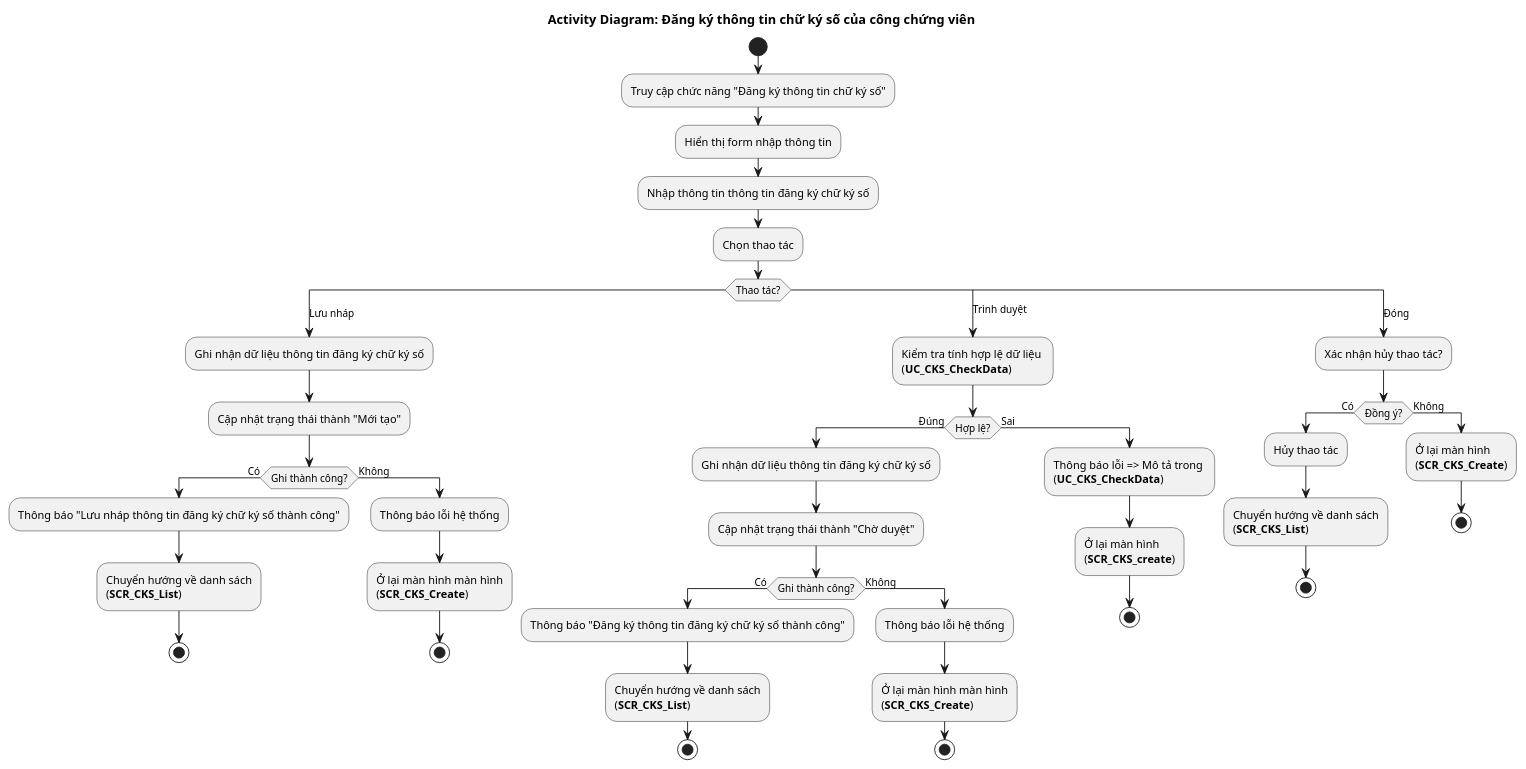
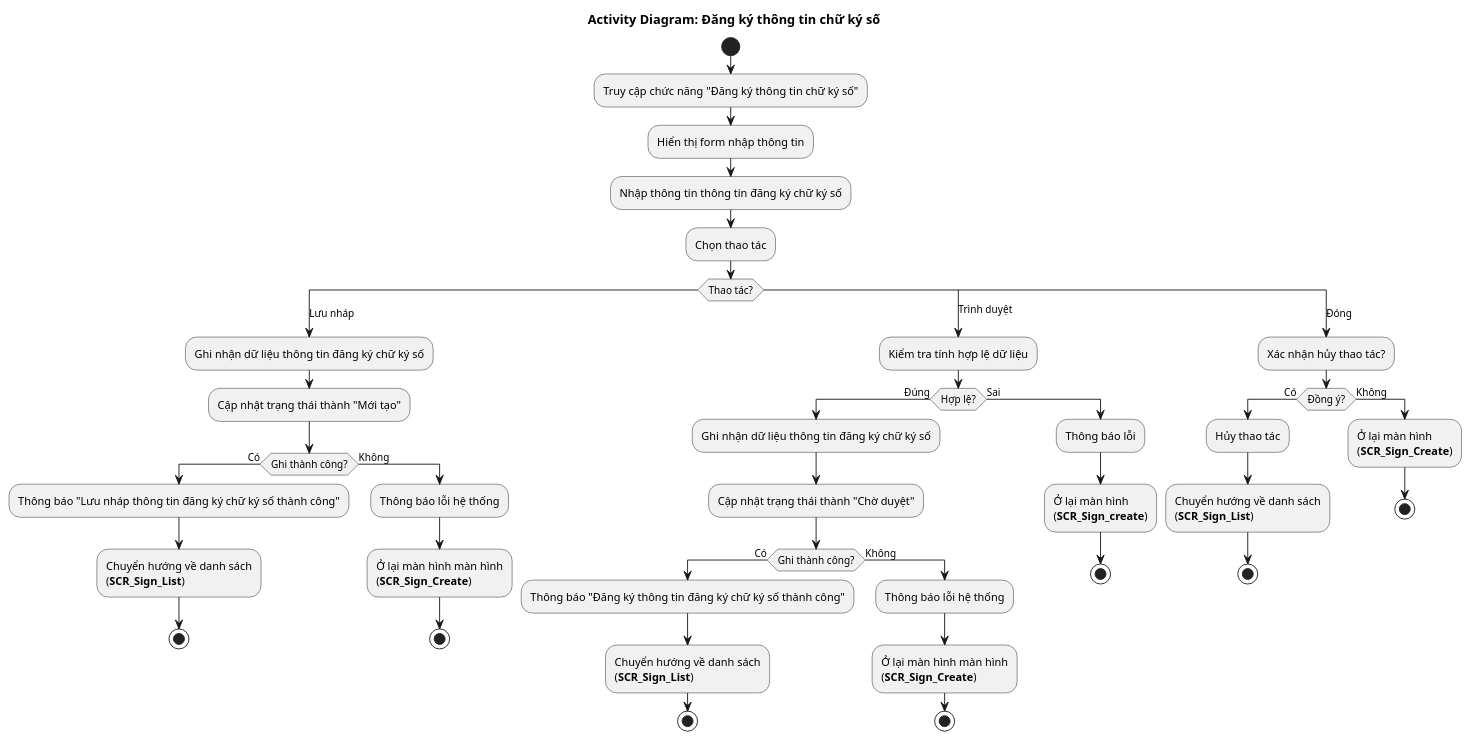
The diagram in Quản lý công chứng viên/4.usecases/ChuKySo/DangKy/AD_Sign_Create.puml (phuongpm23/nds-docs-test), drawn with PlantUML before and after one commit. The commit also changed 45 other files, not shown here.

```diff
--- a/Quản lý công chứng viên/4.usecases/ChuKySo/DangKy/AD_Sign_Create.puml
+++ b/Quản lý công chứng viên/4.usecases/ChuKySo/DangKy/AD_Sign_Create.puml
@@ -1,52 +1,52 @@
-@startuml AD_CKSManager_Create
+@startuml AD_Sign_Create
 !pragma layout smetana
-title Activity Diagram: Đăng ký thông tin chữ ký số của công chứng viên
+title Activity Diagram: Đăng ký thông tin chữ ký số
 start
 :Truy cập chức năng "Đăng ký thông tin chữ ký số";
 :Hiển thị form nhập thông tin;
 :Nhập thông tin thông tin đăng ký chữ ký số;
   :Chọn thao tác;
   switch (Thao tác?)
     case (Lưu nháp)
       :Ghi nhận dữ liệu thông tin đăng ký chữ ký số;
       :Cập nhật trạng thái thành "Mới tạo";
       if (Ghi thành công?) then (Có)
         :Thông báo "Lưu nháp thông tin đăng ký chữ ký số thành công";
-        :Chuyển hướng về danh sách\n(**SCR_CKS_List**);
+        :Chuyển hướng về danh sách\n(**SCR_Sign_List**);
         stop
       else (Không)
         :Thông báo lỗi hệ thống;
-        :Ở lại màn hình màn hình\n(**SCR_CKS_Create**);
+        :Ở lại màn hình màn hình\n(**SCR_Sign_Create**);
         stop
       endif
     case (Trình duyệt)
-      :Kiểm tra tính hợp lệ dữ liệu \n(**UC_CKS_CheckData**);
+      :Kiểm tra tính hợp lệ dữ liệu;
       if (Hợp lệ?) then (Đúng)
         :Ghi nhận dữ liệu thông tin đăng ký chữ ký số;
         :Cập nhật trạng thái thành "Chờ duyệt";
           if (Ghi thành công?) then (Có)
             :Thông báo "Đăng ký thông tin đăng ký chữ ký số thành công";
-            :Chuyển hướng về danh sách\n(**SCR_CKS_List**);
+            :Chuyển hướng về danh sách\n(**SCR_Sign_List**);
             stop
           else (Không)
             :Thông báo lỗi hệ thống;
-            :Ở lại màn hình màn hình\n(**SCR_CKS_Create**);
+            :Ở lại màn hình màn hình\n(**SCR_Sign_Create**);
             stop
           endif
       else (Sai)
-        :Thông báo lỗi => Mô tả trong \n(**UC_CKS_CheckData**);
-        :Ở lại màn hình\n(**SCR_CKS_create**);
+        :Thông báo lỗi;
+        :Ở lại màn hình\n(**SCR_Sign_create**);
         stop
       endif
     case (Đóng)
       :Xác nhận hủy thao tác?;
       if (Đồng ý?) then (Có)
         :Hủy thao tác;
-        :Chuyển hướng về danh sách\n(**SCR_CKS_List**);
+        :Chuyển hướng về danh sách\n(**SCR_Sign_List**);
         stop
       else (Không)
-        :Ở lại màn hình\n(**SCR_CKS_Create**);
+        :Ở lại màn hình\n(**SCR_Sign_Create**);
         stop
       endif
   endswitch
 @enduml
```
